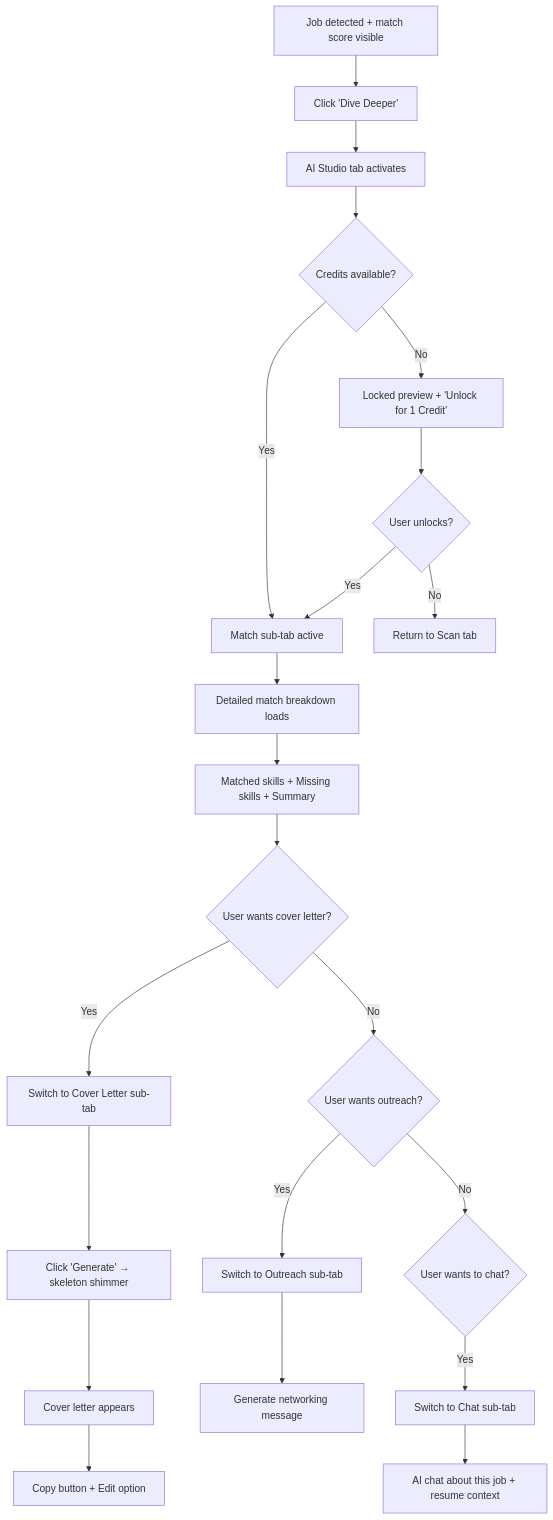
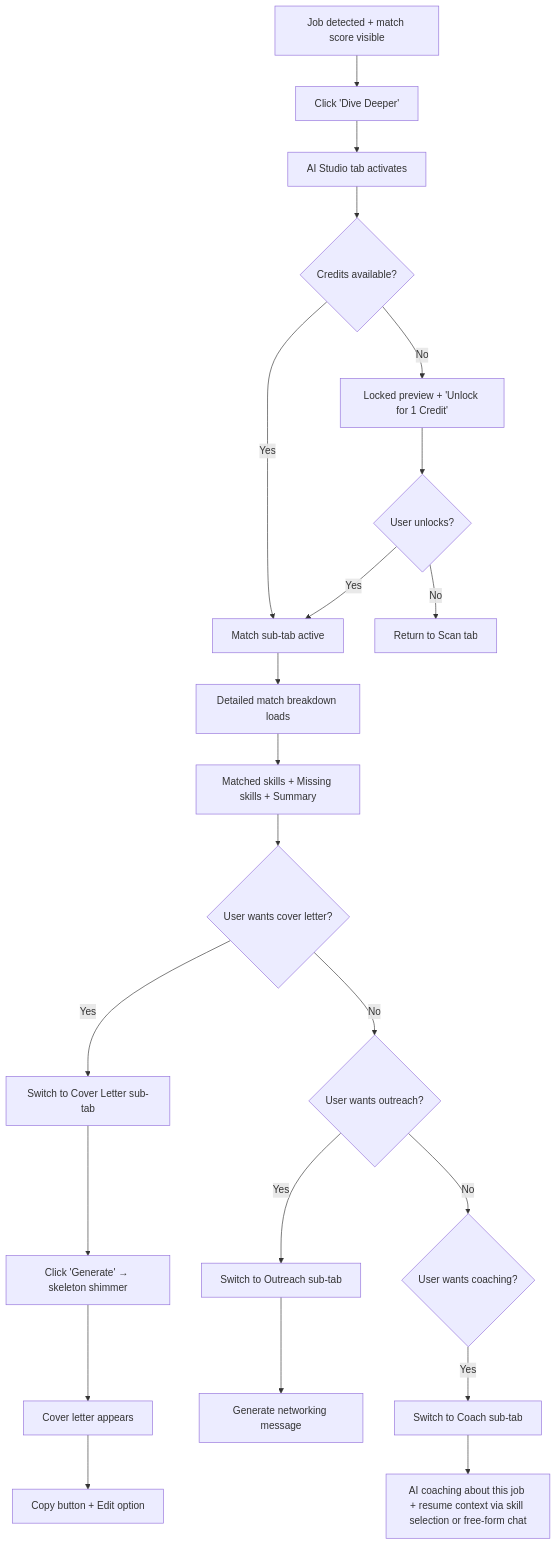
One commit to Swyfter07/jobswyft changed the third of 5 diagrams in _bmad-output/planning-artifacts/ux-design-specification.md. Above: the diagram before and after it, drawn with Mermaid. The commit also changed other lines of this file and 13 other files, not shown here.

First line of the commit message:
docs: consolidate Coach as AI Studio sub-tab, absorb Chat (FR31-35)

````diff
--- a/_bmad-output/planning-artifacts/ux-design-specification.md
+++ b/_bmad-output/planning-artifacts/ux-design-specification.md
@@ -859,24 +857,24 @@
 ```mermaid
 flowchart TD
     A[Job detected + match score visible] --> B[Click 'Dive Deeper']
     B --> C[AI Studio tab activates]
     C --> D{Credits available?}
     D -->|No| E[Locked preview + 'Unlock for 1 Credit']
     D -->|Yes| F[Match sub-tab active]
     E --> G{User unlocks?}
     G -->|Yes| F
     G -->|No| H[Return to Scan tab]
     F --> I[Detailed match breakdown loads]
     I --> J[Matched skills + Missing skills + Summary]
     J --> K{User wants cover letter?}
     K -->|Yes| L[Switch to Cover Letter sub-tab]
     L --> M[Click 'Generate' → skeleton shimmer]
     M --> N[Cover letter appears]
     N --> O[Copy button + Edit option]
     K -->|No| P{User wants outreach?}
     P -->|Yes| Q[Switch to Outreach sub-tab]
     Q --> R[Generate networking message]
-    P -->|No| S{User wants to chat?}
-    S -->|Yes| T[Switch to Chat sub-tab]
-    T --> U[AI chat about this job + resume context]
+    P -->|No| S{User wants coaching?}
+    S -->|Yes| T[Switch to Coach sub-tab]
+    T --> U[AI coaching about this job + resume context via skill selection or free-form chat]
 ```
````
